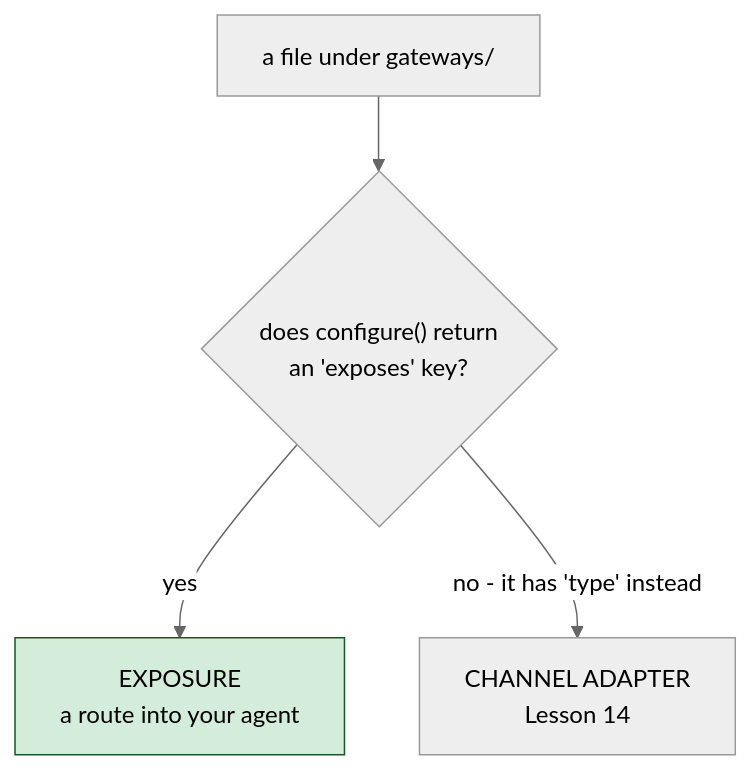
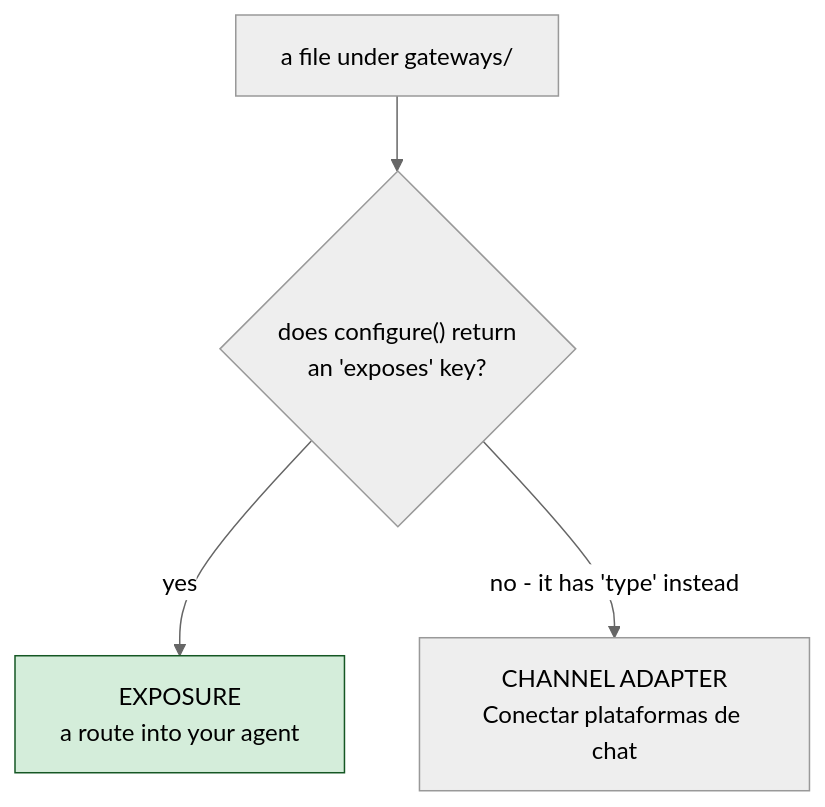
The diagram in docs/versions/1.0.x/i18n/es/course/13-exposing-http-and-mcp.md (ortus-boxlang/bx-agents), drawn with Mermaid (neutral theme) before and after one commit. The commit also changed other lines of this file and 62 other files, not shown here.

````diff
--- a/docs/versions/1.0.x/i18n/es/course/13-exposing-http-and-mcp.md
+++ b/docs/versions/1.0.x/i18n/es/course/13-exposing-http-and-mcp.md
@@ -16,8 +16,8 @@
 ```mermaid
 flowchart TD
     F["a file under gateways/"] --> Q{"does configure() return<br/>an 'exposes' key?"}
     Q -->|"yes"| E["EXPOSURE<br/>a route into your agent"]
-    Q -->|"no - it has 'type' instead"| C["CHANNEL ADAPTER<br/>Lesson 14"]
+    Q -->|"no - it has 'type' instead"| C["CHANNEL ADAPTER<br/>Conectar plataformas de chat"]
 
     style E fill:#d4edda,stroke:#155724
 ```
````
